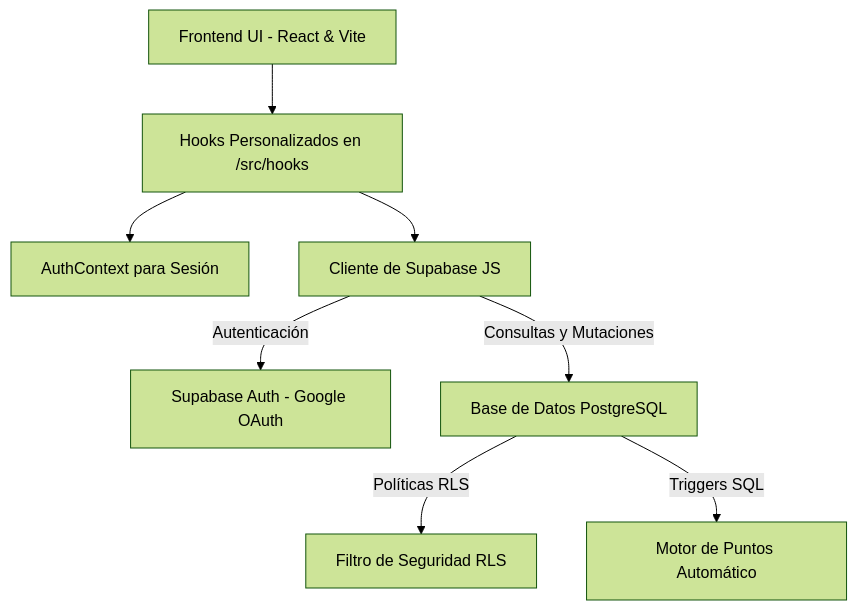
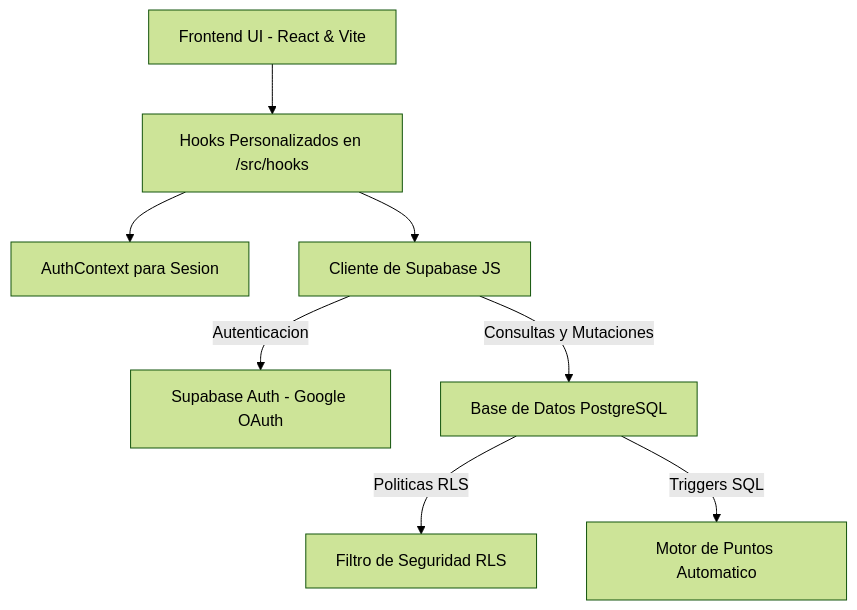
Before and after one commit to AlexisAcevedo/ProdeMundial: the diagram in README.md, drawn with Mermaid (forest theme). The commit also changed other lines of this file, not shown here.

````diff
--- a/README.md
+++ b/README.md
@@ -38,12 +65,12 @@
 ```mermaid
 graph TD
     UI[Frontend UI - React & Vite] --> Hooks[Hooks Personalizados en /src/hooks]
-    Hooks --> Context[AuthContext para Sesión]
+    Hooks --> Context[AuthContext para Sesion]
     Hooks --> SBClient[Cliente de Supabase JS]
     
-    SBClient -->|Autenticación| SBAuth[Supabase Auth - Google OAuth]
+    SBClient -->|Autenticacion| SBAuth[Supabase Auth - Google OAuth]
     SBClient -->|Consultas y Mutaciones| SBDB[Base de Datos PostgreSQL]
     
-    SBDB -->|Políticas RLS| AccessControl[Filtro de Seguridad RLS]
-    SBDB -->|Triggers SQL| ScoreEngine[Motor de Puntos Automático]
+    SBDB -->|Politicas RLS| AccessControl[Filtro de Seguridad RLS]
+    SBDB -->|Triggers SQL| ScoreEngine[Motor de Puntos Automatico]
 ```
````
